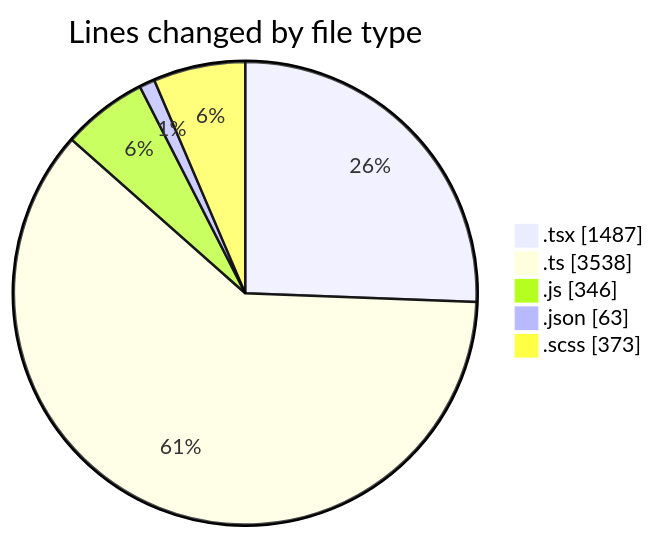
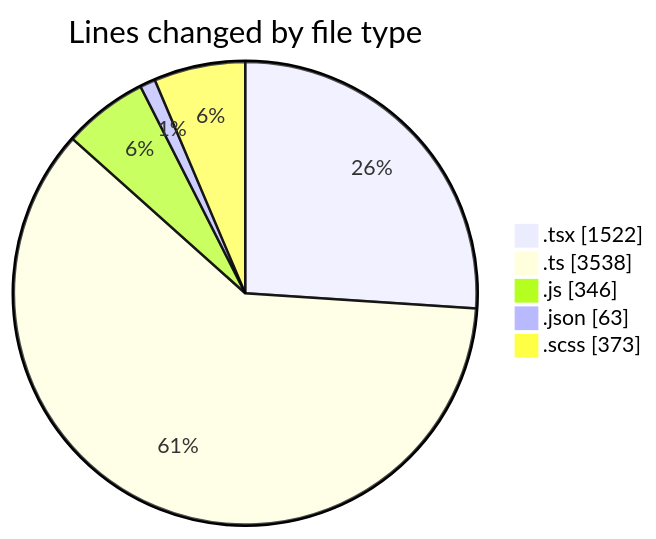
Before and after one commit to momahboobian/code-tracking: the first of 2 diagrams in 2025-12-01/cda/README.md, drawn with Mermaid. The commit also changed other lines of this file and 1 other file, not shown here.

````diff
--- a/2025-12-01/cda/README.md
+++ b/2025-12-01/cda/README.md
@@ -33,9 +33,9 @@
 ```mermaid
 pie showData
 title Lines changed by file type
-".tsx" : 1487
+".tsx" : 1522
 ".ts" : 3538
 ".js" : 346
 ".json" : 63
 ".scss" : 373
 ```
````
